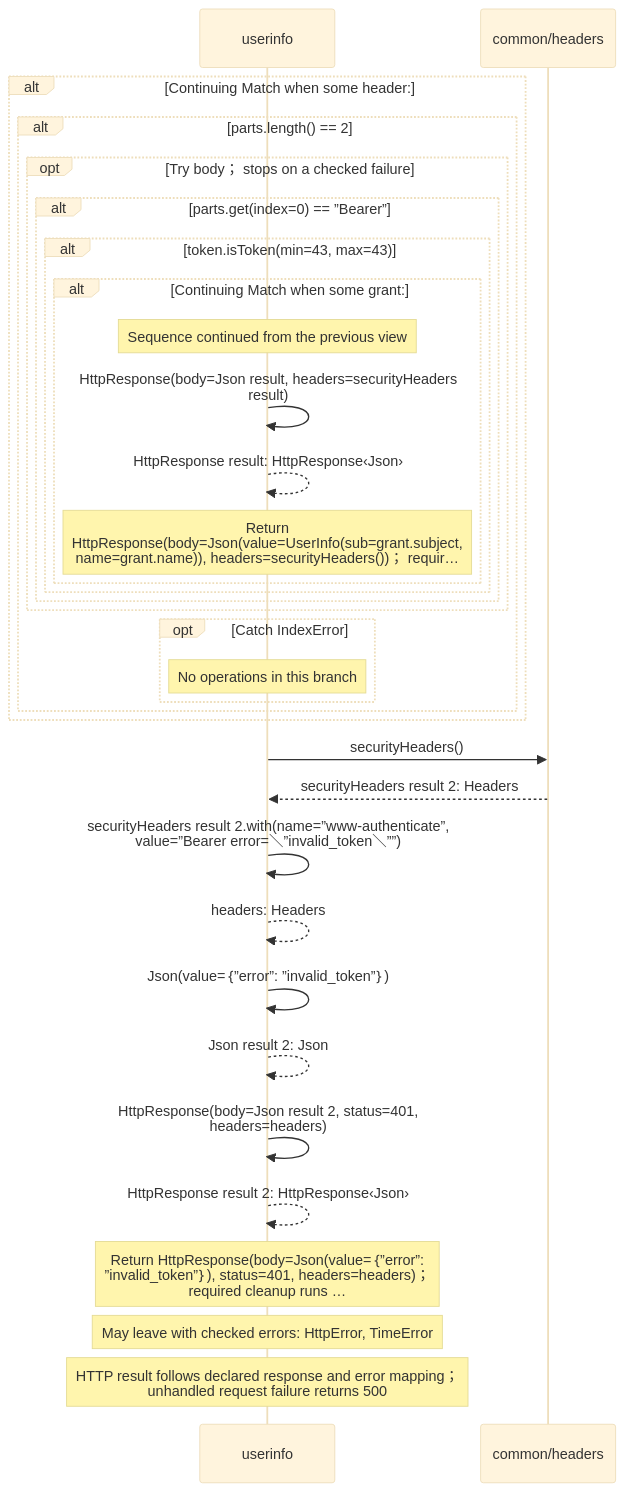
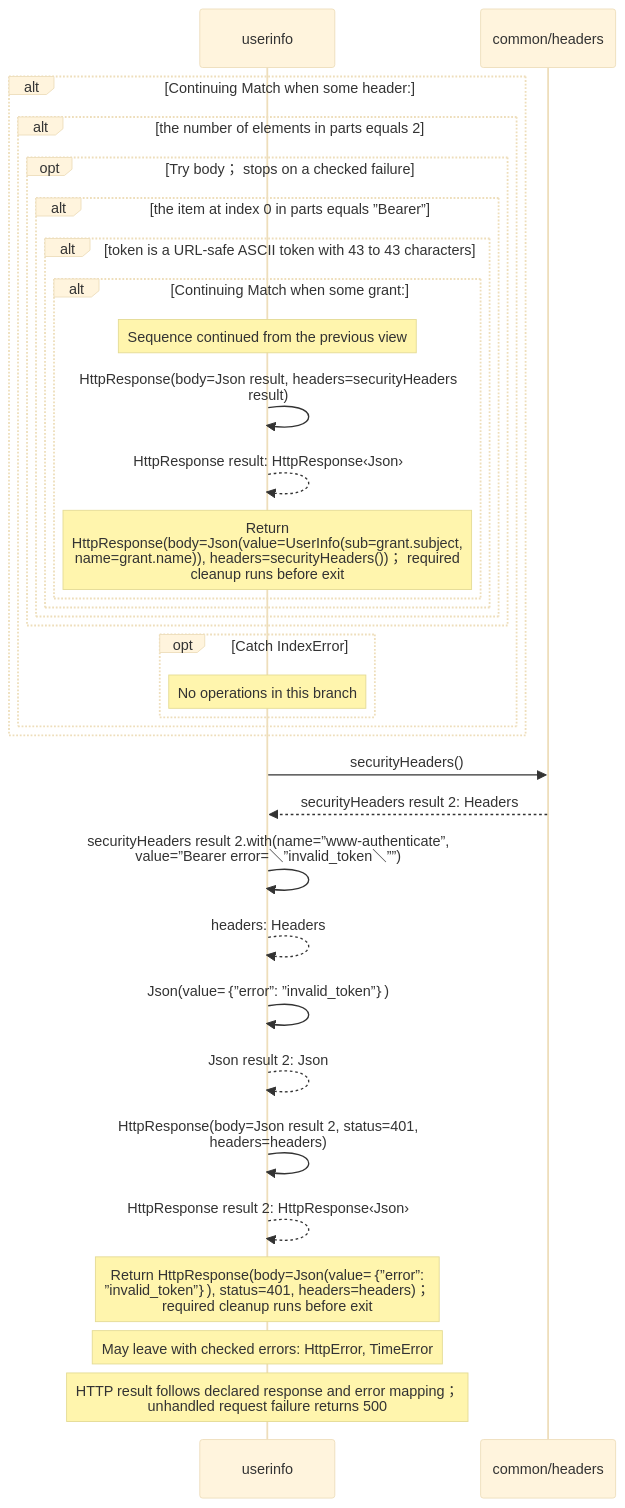
One commit to GreenPandaStudios/augscript changed the third of 3 diagrams in docs/examples/oidc-login/provider/userinfo-diagrams.md. Above: the diagram before and after it, drawn with Mermaid (base theme). The commit also changed other lines of this file and 658 other files, not shown here.

````diff
--- a/docs/examples/oidc-login/provider/userinfo-diagrams.md
+++ b/docs/examples/oidc-login/provider/userinfo-diagrams.md
@@ -89,35 +99,35 @@
 ```mermaid
 sequenceDiagram
     participant p0 as userinfo
     participant p1 as common/headers
     alt Continuing Match when some header:
-    alt parts.length() == 2
+    alt the number of elements in parts equals 2
     opt Try body； stops on a checked failure
-    alt parts.get(index=0) == ”Bearer”
-    alt token.isToken(min=43, max=43)
+    alt the item at index 0 in parts equals ”Bearer”
+    alt token is a URL-safe ASCII token with 43 to 43 characters
     alt Continuing Match when some grant:
     Note over p0: Sequence continued from the previous view
     p0->>p0: HttpResponse(body=Json result, headers=securityHeaders<br/>result)
     p0-->>p0: HttpResponse result: HttpResponse‹Json›
-    Note over p0: Return<br/>HttpResponse(body=Json(value=UserInfo(sub=grant.subject,<br/>name=grant.name)), headers=securityHeaders())； requir…
+    Note over p0: Return<br/>HttpResponse(body=Json(value=UserInfo(sub=grant.subject,<br/>name=grant.name)), headers=securityHeaders())； required<br/>cleanup runs before exit
     end
     end
     end
     end
     opt Catch IndexError
     Note over p0: No operations in this branch
     end
     end
     end
     p0->>p1: securityHeaders()
     p1-->>p0: securityHeaders result 2: Headers
     p0->>p0: securityHeaders result 2.with(name=”www-authenticate”,<br/>value=”Bearer error=＼”invalid_token＼””)
     p0-->>p0: headers: Headers
     p0->>p0: Json(value=｛”error”: ”invalid_token”｝)
     p0-->>p0: Json result 2: Json
     p0->>p0: HttpResponse(body=Json result 2, status=401,<br/>headers=headers)
     p0-->>p0: HttpResponse result 2: HttpResponse‹Json›
-    Note over p0: Return HttpResponse(body=Json(value=｛”error”:<br/>”invalid_token”｝), status=401, headers=headers)；<br/>required cleanup runs …
+    Note over p0: Return HttpResponse(body=Json(value=｛”error”:<br/>”invalid_token”｝), status=401, headers=headers)；<br/>required cleanup runs before exit
     Note over p0: May leave with checked errors: HttpError, TimeError
     Note over p0: HTTP result follows declared response and error mapping；<br/>unhandled request failure returns 500
 ```
````
